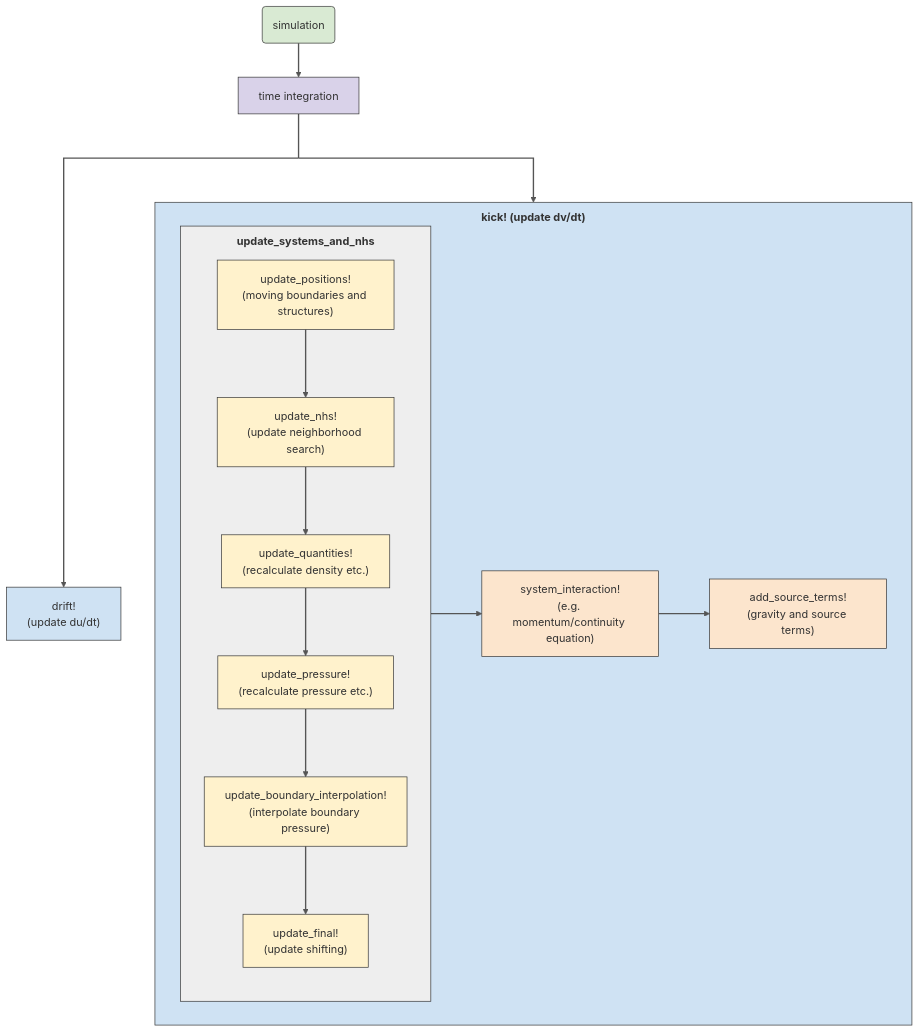
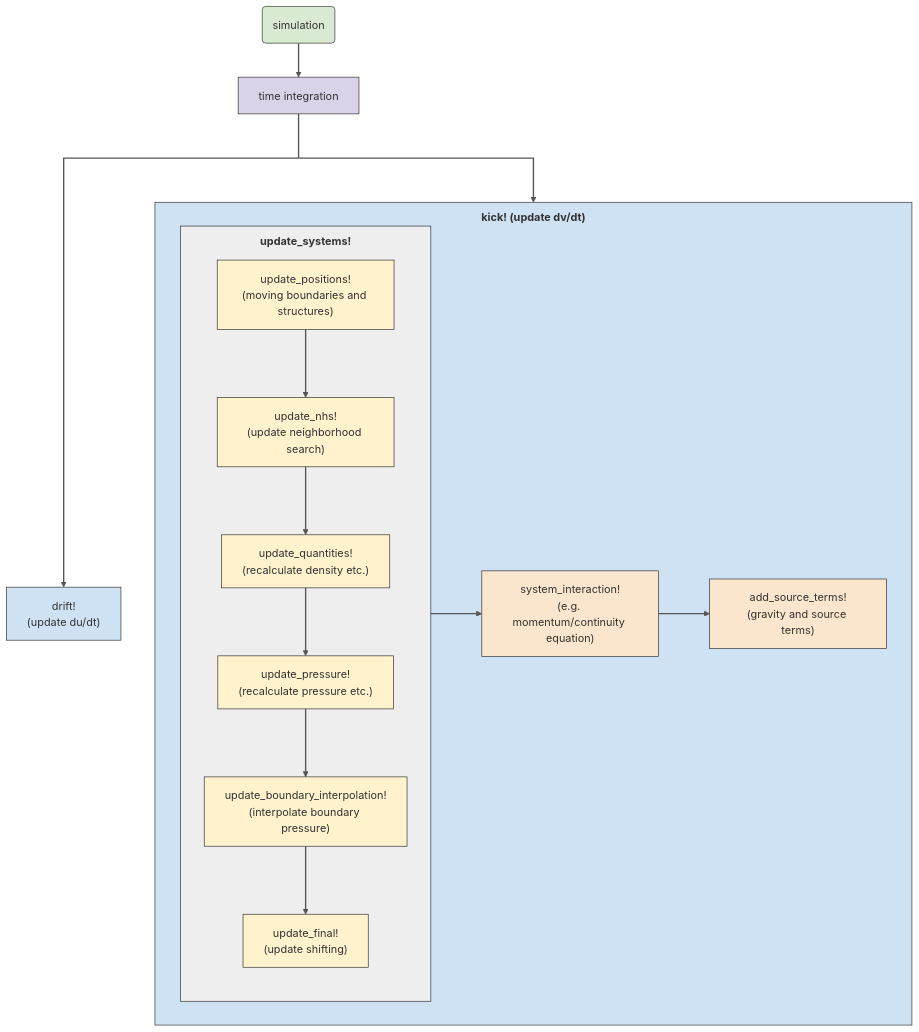
Before and after one commit to trixi-framework/TrixiParticles.jl: the diagram in docs/src/overview.md, drawn with Mermaid. The commit also changed 8 other files, not shown here.

````diff
--- a/docs/src/overview.md
+++ b/docs/src/overview.md
@@ -20,59 +20,59 @@
 ```mermaid
 %% Make arrows bend at right angles
 %%{ init : { "flowchart" : { "curve" : "stepAfter" }}}%%
 
 %% TD means vertical layout
 flowchart TD
     %% --- Define color palette and styles ---
     classDef start_node fill:#d9ead3,stroke:#333,color:#333
     classDef time_integration fill:#d9d2e9,stroke:#333,color:#333
     classDef primary_stage fill:#cfe2f3,stroke:#333,color:#333
     classDef update fill:#eeeeee,stroke:#333,color:#333
     classDef updates fill:#fff2cc,stroke:#333,color:#333
     classDef physics fill:#fce5cd,stroke:#333,color:#333
 
     A(simulation) --> B[time integration];
 
     %% Add hidden dummy node to branch the arrow nicely
     B --- dummy[ ];
     style dummy width:0;
     dummy --> C["drift!<br/>(update du/dt)"];
 
     subgraph kick["<div style='padding: 10px; font-weight: bold;'>kick! (update dv/dt)</div>"]
         %% Horizontal layout within this subgraph
         direction LR;
 
-        subgraph updates["<div style='padding: 10px; font-weight: bold;'>update_systems_and_nhs</div>"]
+        subgraph updates["<div style='padding: 10px; font-weight: bold;'>update_systems!</div>"]
             %% Vertical layout within this subgraph
             direction TB;
 
             H["update_positions!<br/>(moving boundaries and structures)"];
             I["update_nhs!<br/>(update neighborhood search)"];
             J["update_quantities!<br/>(recalculate density etc.)"];
             K["update_pressure!<br/>(recalculate pressure etc.)"];
             L["update_boundary_interpolation!<br/>(interpolate boundary pressure)"];
             M["update_final!<br/>(update shifting)"];
 
             H --> I --> J --> K --> L --> M;
         end
 
         F["system_interaction!<br/>(e.g. momentum/continuity equation)"];
         G["add_source_terms!<br/>(gravity and source terms)"];
 
         updates --> F --> G;
     end
 
     dummy --> kick;
 
     %% Color the sub-tasks by their function
     class A start_node;
     class B time_integration;
     class C primary_stage;
     class kick primary_stage;
     class updates update;
     class H,I,J,K,L,M updates;
     class F,G physics;
 
     %% Style the arrows
     linkStyle default stroke-width:2px,stroke:#555
 ```
````
